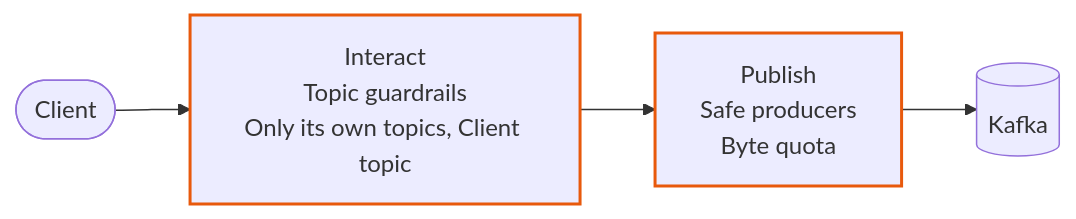
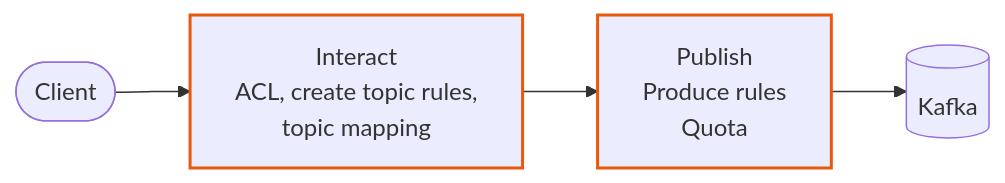
One commit to gravitee-io-labs/gravitee-lab-public-catalog changed the seventh of 8 diagrams in playgrounds/streams/guide.md. Above: the diagram before and after it, drawn with Mermaid. The commit also changed other lines of this file and 14 other files, not shown here.

````diff
--- a/playgrounds/streams/guide.md
+++ b/playgrounds/streams/guide.md
@@ -408,8 +423,8 @@
 ```mermaid
 flowchart LR
-  c(["Client"]) --> a["Interact<br/>Topic guardrails<br/>Only its own topics, Client topic"]
-  a --> b["Publish<br/>Safe producers<br/>Byte quota"]
+  c(["Client"]) --> a["Interact<br/>ACL, create topic rules,<br/>topic mapping"]
+  a --> b["Publish<br/>Produce rules<br/>Quota"]
   b --> k[("Kafka")]
   classDef gravitee stroke:#e8590c,stroke-width:2px
   class a,b gravitee
 ```
````
